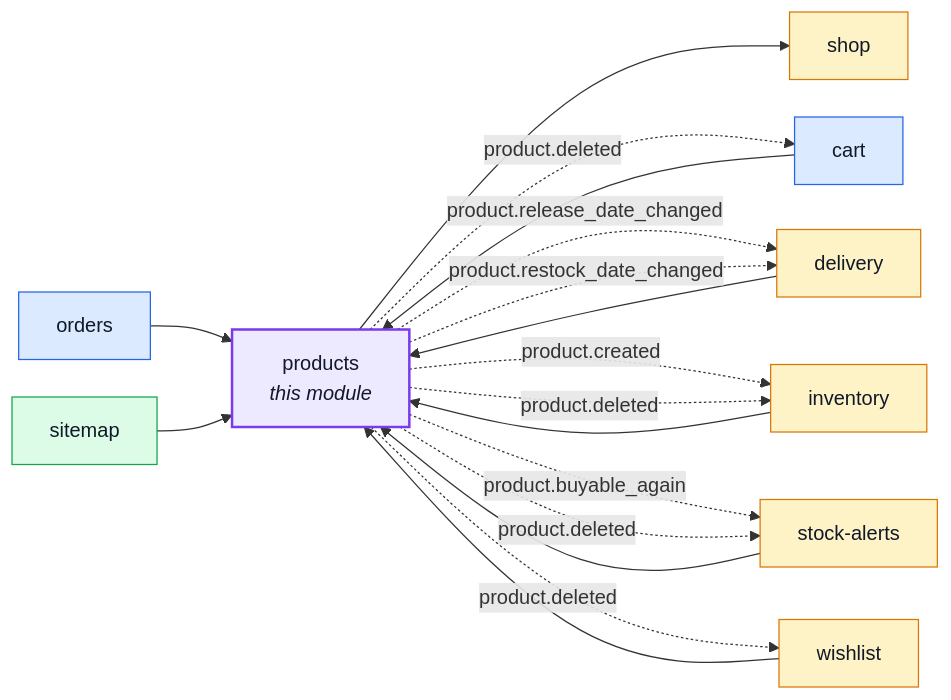
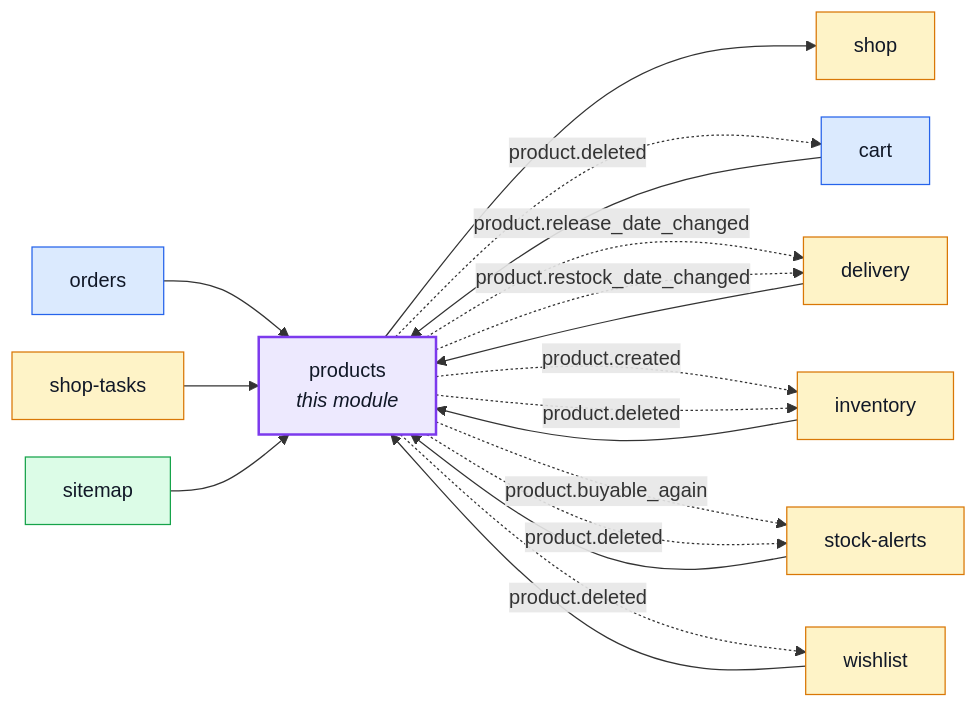
The first of 4 diagrams in docs/modules/products.md (Guebbit/boilerplate-node-backend), drawn with Mermaid before and after one commit. The commit also changed 55 other files, not shown here.

````diff
--- a/docs/modules/products.md
+++ b/docs/modules/products.md
@@ -17,39 +17,41 @@
 ```mermaid
 %%{init: {'flowchart': {'nodeSpacing': 30, 'rankSpacing': 60}}}%%
 flowchart LR
     products["products<br/><i>this module</i>"]
     cart["cart"]
     delivery["delivery"]
     inventory["inventory"]
     orders["orders"]
     shop["shop"]
+    shop_tasks["shop-tasks"]
     sitemap["sitemap"]
     stock_alerts["stock-alerts"]
     wishlist["wishlist"]
 
     cart --> products
     delivery --> products
     inventory --> products
     orders --> products
+    shop_tasks --> products
     sitemap --> products
     stock_alerts --> products
     wishlist --> products
     products --> shop
     products -. "product.deleted" .-> cart
     products -. "product.release_date_changed" .-> delivery
     products -. "product.restock_date_changed" .-> delivery
     products -. "product.created" .-> inventory
     products -. "product.deleted" .-> inventory
     products -. "product.buyable_again" .-> stock_alerts
     products -. "product.deleted" .-> stock_alerts
     products -. "product.deleted" .-> wishlist
 
     classDef core fill:#dbeafe,stroke:#2563eb,color:#111827;
     classDef supporting fill:#fef3c7,stroke:#d97706,color:#111827;
     classDef generic fill:#dcfce7,stroke:#16a34a,color:#111827;
     classDef centre fill:#ede9fe,stroke:#7c3aed,stroke-width:2px,color:#111827;
     class cart,orders core;
-    class delivery,inventory,shop,stock_alerts,wishlist supporting;
+    class delivery,inventory,shop,shop_tasks,stock_alerts,wishlist supporting;
     class sitemap generic;
     class products centre;
 ```
````
